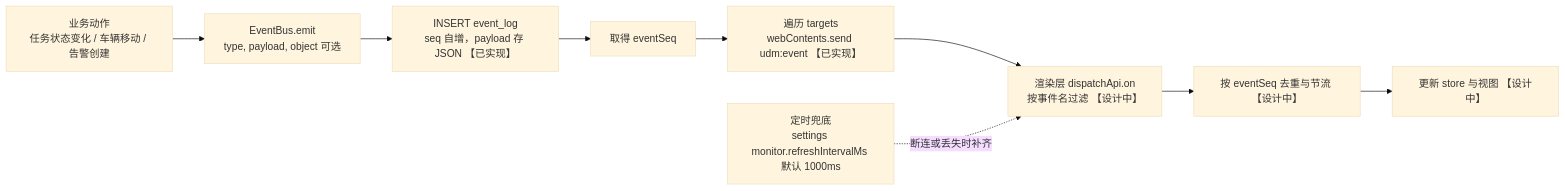
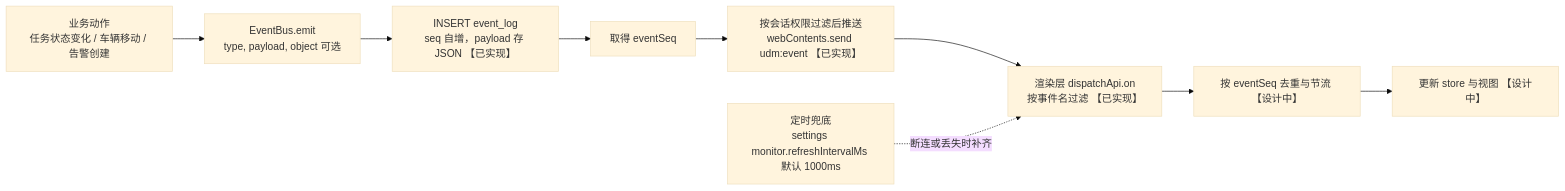
Before and after one commit to sunstflower/831: diagram 20 of 23 in docs/architecture.md, drawn with Mermaid (base theme). The commit also changed other lines of this file and 8 other files, not shown here.

````diff
--- a/docs/architecture.md
+++ b/docs/architecture.md
@@ -892,12 +909,12 @@
 ```mermaid
 flowchart LR
   SRC["业务动作<br/>任务状态变化 / 车辆移动 / 告警创建"] --> EMIT["EventBus.emit<br/>type, payload, object 可选"]
   EMIT --> LOG["INSERT event_log<br/>seq 自增，payload 存 JSON 【已实现】"]
   LOG --> SEQ["取得 eventSeq"]
-  SEQ --> PUSH["遍历 targets<br/>webContents.send udm:event 【已实现】"]
-  PUSH --> RENDER["渲染层 dispatchApi.on<br/>按事件名过滤 【设计中】"]
+  SEQ --> PUSH["按会话权限过滤后推送<br/>webContents.send udm:event 【已实现】"]
+  PUSH --> RENDER["渲染层 dispatchApi.on<br/>按事件名过滤 【已实现】"]
   RENDER --> DEDUP["按 eventSeq 去重与节流 【设计中】"]
   DEDUP --> UI["更新 store 与视图 【设计中】"]
 
   TIMER["定时兜底<br/>settings monitor.refreshIntervalMs 默认 1000ms"] -.断连或丢失时补齐.-> RENDER
 ```
````
